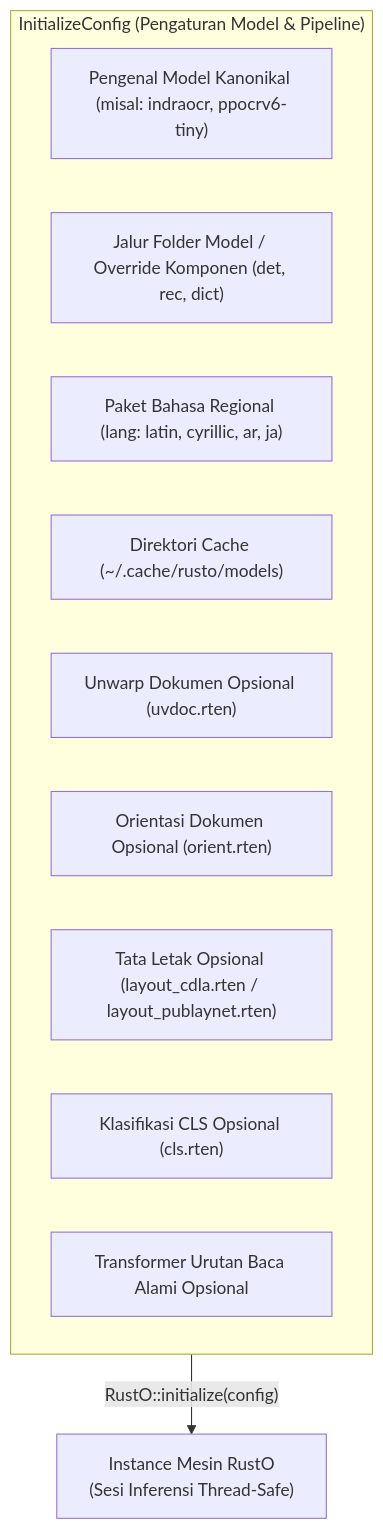
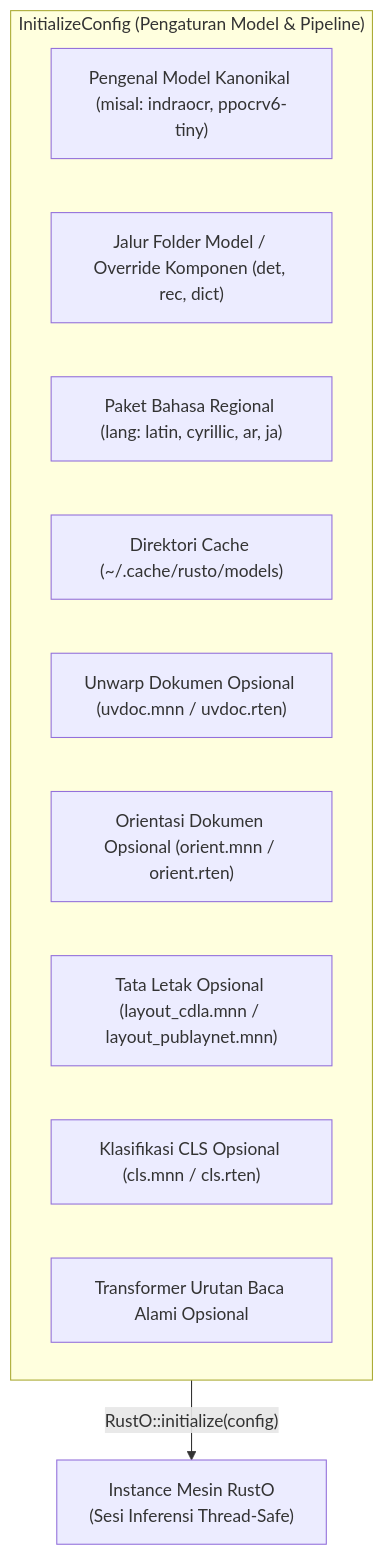
The diagram in docs/content/id/04.api-reference/01.initialize-config.md (byrizki/rusto-rs), drawn with Mermaid before and after one commit. The commit also changed other lines of this file and 63 other files, not shown here.

````diff
--- a/docs/content/id/04.api-reference/01.initialize-config.md
+++ b/docs/content/id/04.api-reference/01.initialize-config.md
@@ -15,16 +15,16 @@
 ```mermaid
 flowchart TD
     subgraph Config ["InitializeConfig (Pengaturan Model & Pipeline)"]
         M["Pengenal Model Kanonikal (misal: indraocr, ppocrv6-tiny)"]
         MP["Jalur Folder Model / Override Komponen (det, rec, dict)"]
         L["Paket Bahasa Regional (lang: latin, cyrillic, ar, ja)"]
         CD["Direktori Cache (~/.cache/rusto/models)"]
-        U["Unwarp Dokumen Opsional (uvdoc.rten)"]
-        O["Orientasi Dokumen Opsional (orient.rten)"]
-        LAY["Tata Letak Opsional (layout_cdla.rten / layout_publaynet.rten)"]
-        C["Klasifikasi CLS Opsional (cls.rten)"]
+        U["Unwarp Dokumen Opsional (uvdoc.mnn / uvdoc.rten)"]
+        O["Orientasi Dokumen Opsional (orient.mnn / orient.rten)"]
+        LAY["Tata Letak Opsional (layout_cdla.mnn / layout_publaynet.mnn)"]
+        C["Klasifikasi CLS Opsional (cls.mnn / cls.rten)"]
         RO["Transformer Urutan Baca Alami Opsional"]
     end
 
     Config -->|"RustO::initialize(config)"| Engine["Instance Mesin RustO<br/>(Sesi Inferensi Thread-Safe)"]
 ```
````
